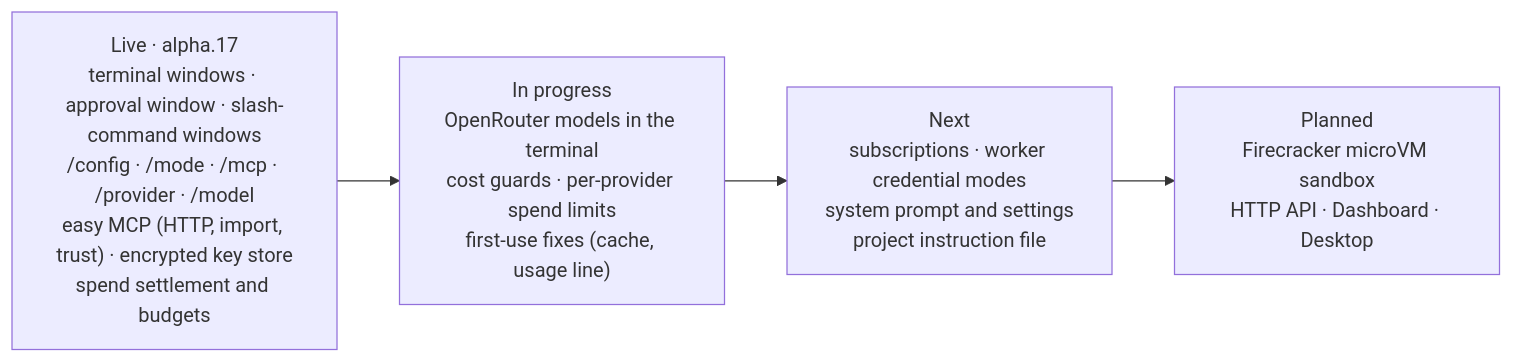
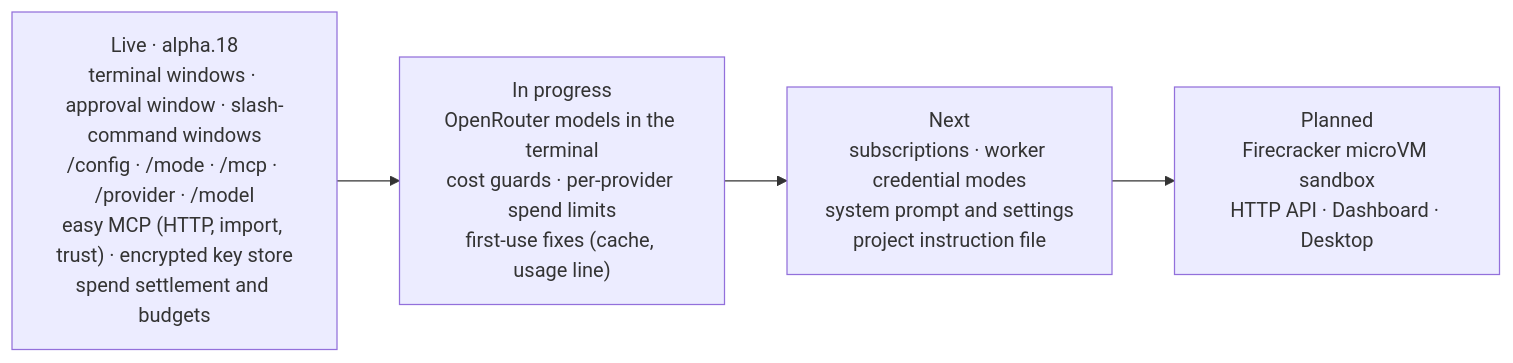
Before and after one commit to Verhex/deckent-next: the fifth of 5 diagrams in README.md, drawn with Mermaid. The commit also changed other lines of this file and 4 other files, not shown here.

First line of the commit message:
docs: live = alpha.18 94a8d089 (owner switch 2026-10-09; backup grant on live and N1); backup units map to the INSTALLATION workstream

````diff
--- a/README.md
+++ b/README.md
@@ -290,6 +290,6 @@
 ```mermaid
 flowchart LR
-  L["Live · alpha.17<br/>terminal windows · approval window · slash-command windows<br/>/config · /mode · /mcp · /provider · /model<br/>easy MCP (HTTP, import, trust) · encrypted key store<br/>spend settlement and budgets"] --> P["In progress<br/>OpenRouter models in the terminal<br/>cost guards · per-provider spend limits<br/>first-use fixes (cache, usage line)"]
+  L["Live · alpha.18<br/>terminal windows · approval window · slash-command windows<br/>/config · /mode · /mcp · /provider · /model<br/>easy MCP (HTTP, import, trust) · encrypted key store<br/>spend settlement and budgets"] --> P["In progress<br/>OpenRouter models in the terminal<br/>cost guards · per-provider spend limits<br/>first-use fixes (cache, usage line)"]
   P --> N["Next<br/>subscriptions · worker credential modes<br/>system prompt and settings<br/>project instruction file"]
   N --> F["Planned<br/>Firecracker microVM sandbox<br/>HTTP API · Dashboard · Desktop"]
 ```
````
